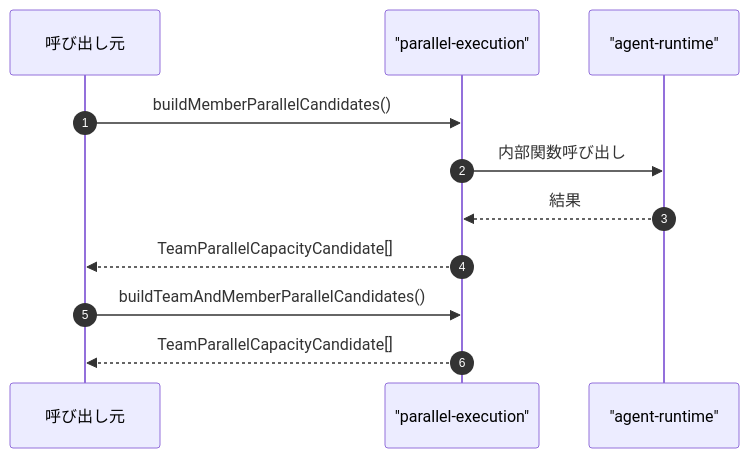
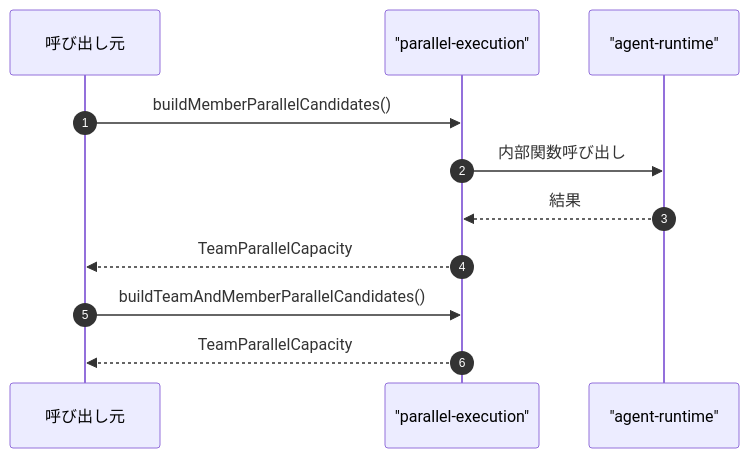
The fourth of 4 diagrams in ABDD/.pi/extensions/agent-teams/parallel-execution.md (Mekann2904/mekann), drawn with Mermaid before and after one commit. The commit also changed other lines of this file and 174 other files, not shown here.

First line of the commit message:
fix(docs): ABDDのMermaid図生成エラーを修正する

````diff
--- a/ABDD/.pi/extensions/agent-teams/parallel-execution.md
+++ b/ABDD/.pi/extensions/agent-teams/parallel-execution.md
@@ -81,15 +81,15 @@
 ```mermaid
 sequenceDiagram
   autonumber
   participant Caller as 呼び出し元
   participant parallel_execution as "parallel-execution"
   participant agent_runtime as "agent-runtime"
 
   Caller->>parallel_execution: buildMemberParallelCandidates()
   parallel_execution->>agent_runtime: 内部関数呼び出し
   agent_runtime-->>parallel_execution: 結果
-  parallel_execution-->>Caller: TeamParallelCapacityCandidate[]
+  parallel_execution-->>Caller: TeamParallelCapacity
 
   Caller->>parallel_execution: buildTeamAndMemberParallelCandidates()
-  parallel_execution-->>Caller: TeamParallelCapacityCandidate[]
+  parallel_execution-->>Caller: TeamParallelCapacity
 ```
````
